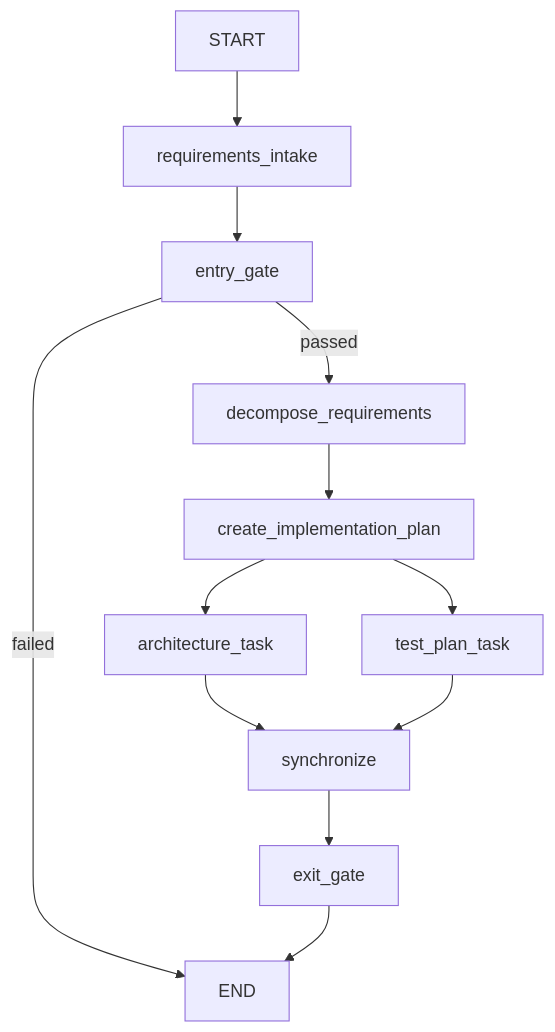
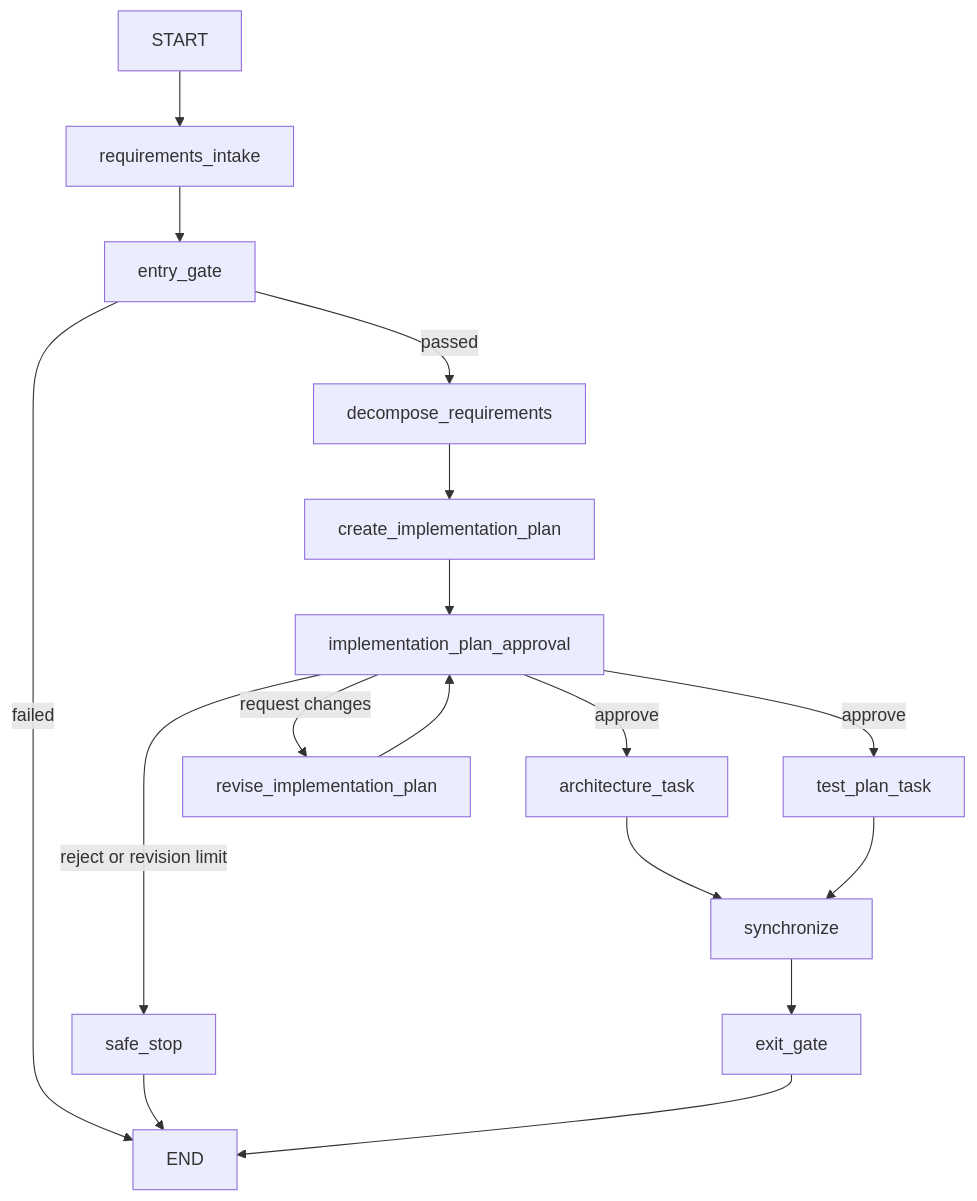
The diagram in README.md (anthonbr/agentic-sdlc-orchestrator), drawn with Mermaid before and after one commit. The commit also changed other lines of this file and 12 other files, not shown here.

````diff
--- a/README.md
+++ b/README.md
@@ -24,14 +34,19 @@
 ```mermaid
 flowchart TD
     START --> requirements_intake
     requirements_intake --> entry_gate
     entry_gate -->|passed| decompose_requirements
     entry_gate -->|failed| END
     decompose_requirements --> create_implementation_plan
-    create_implementation_plan --> architecture_task
-    create_implementation_plan --> test_plan_task
+    create_implementation_plan --> implementation_plan_approval
+    implementation_plan_approval -->|approve| architecture_task
+    implementation_plan_approval -->|approve| test_plan_task
+    implementation_plan_approval -->|request changes| revise_implementation_plan
+    revise_implementation_plan --> implementation_plan_approval
+    implementation_plan_approval -->|reject or revision limit| safe_stop
+    safe_stop --> END
     architecture_task --> synchronize
     test_plan_task --> synchronize
     synchronize --> exit_gate
     exit_gate --> END
 ```
````
